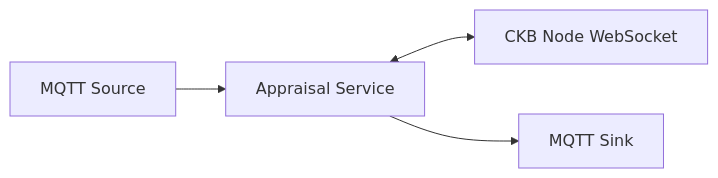
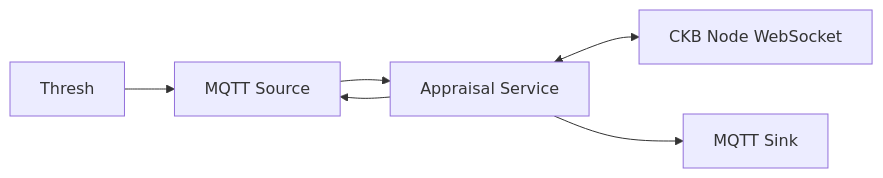
One commit to nervape/appraisal changed the diagram in README.md. Above: the diagram before and after it, drawn with Mermaid.

Commit message:
Update graph

````diff
--- a/README.md
+++ b/README.md
@@ -19,6 +19,8 @@
 ```mermaid
 graph LR
     A[MQTT Source] --> B[Appraisal Service]
     B <--> C[CKB Node WebSocket]
     B --> D[MQTT Sink]
+    E[Thresh] --> A
+    B --> A
 ```
````
